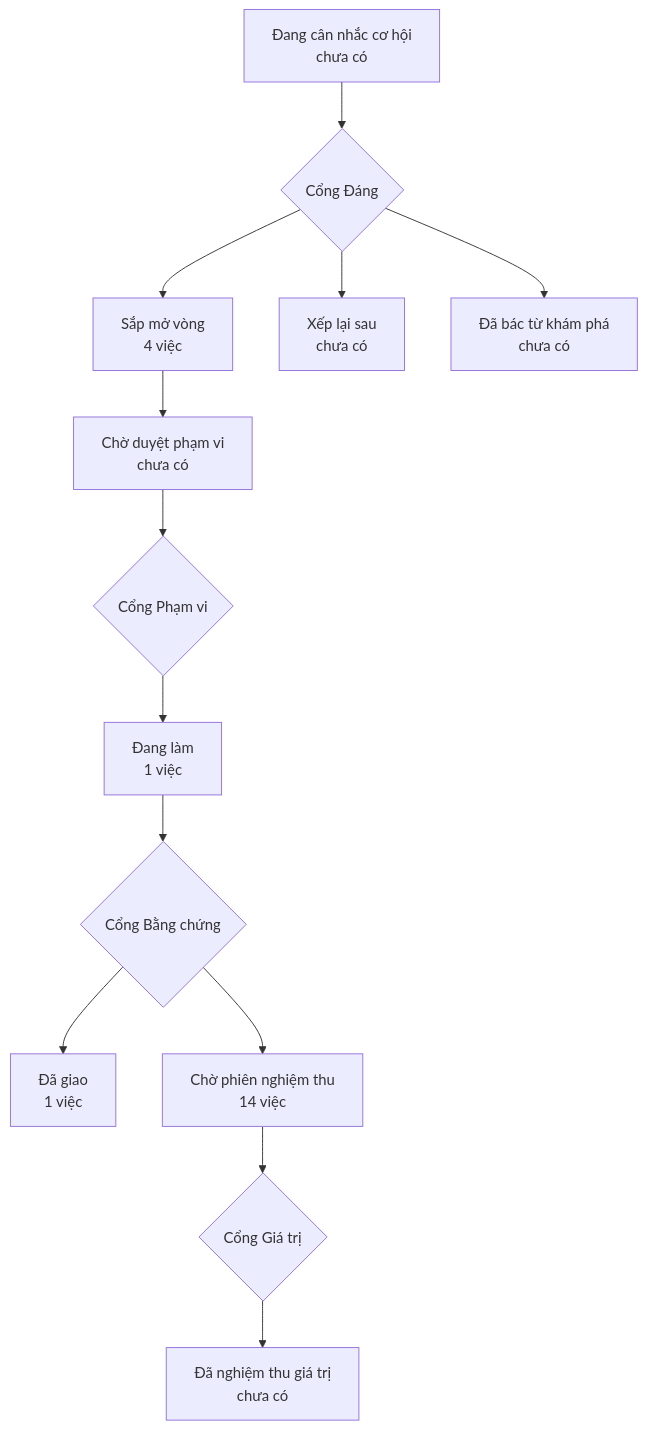
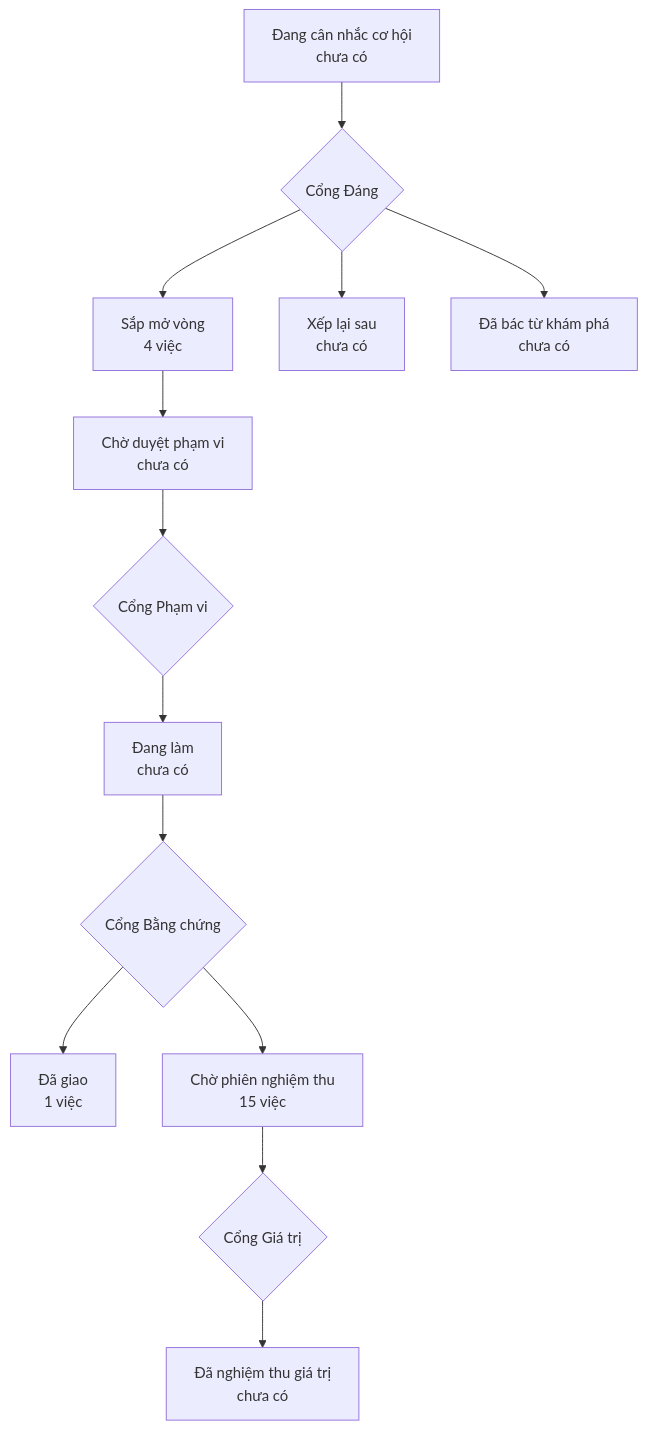
One commit to phanlemanh/onehub-inventory changed the diagram in PRODUCT-MAP.md. Above: the diagram before and after it, drawn with Mermaid. The commit also changed other lines of this file and 4 other files, not shown here.

````diff
--- a/PRODUCT-MAP.md
+++ b/PRODUCT-MAP.md
@@ -7,12 +7,12 @@
 ```mermaid
 flowchart TD
   A["Đang cân nhắc cơ hội<br/>chưa có"] --> GD{"Cổng Đáng"}
   GD --> B["Sắp mở vòng<br/>4 việc"]
   GD --> XL["Xếp lại sau<br/>chưa có"]
   GD --> DB["Đã bác từ khám phá<br/>chưa có"]
   B --> CD["Chờ duyệt phạm vi<br/>chưa có"] --> GP{"Cổng Phạm vi"}
-  GP --> DL["Đang làm<br/>1 việc"] --> GB{"Cổng Bằng chứng"}
+  GP --> DL["Đang làm<br/>chưa có"] --> GB{"Cổng Bằng chứng"}
   GB --> DG["Đã giao<br/>1 việc"]
-  GB --> CN["Chờ phiên nghiệm thu<br/>14 việc"] --> GG{"Cổng Giá trị"}
+  GB --> CN["Chờ phiên nghiệm thu<br/>15 việc"] --> GG{"Cổng Giá trị"}
   GG --> NT["Đã nghiệm thu giá trị<br/>chưa có"]
 ```
````
